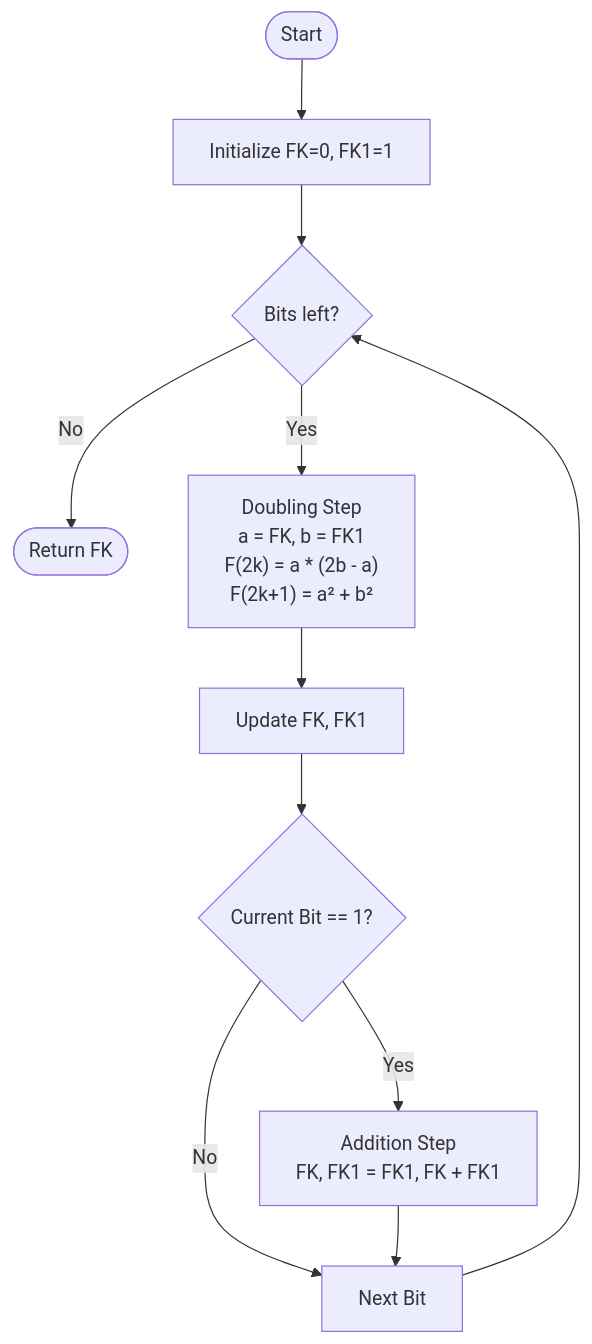
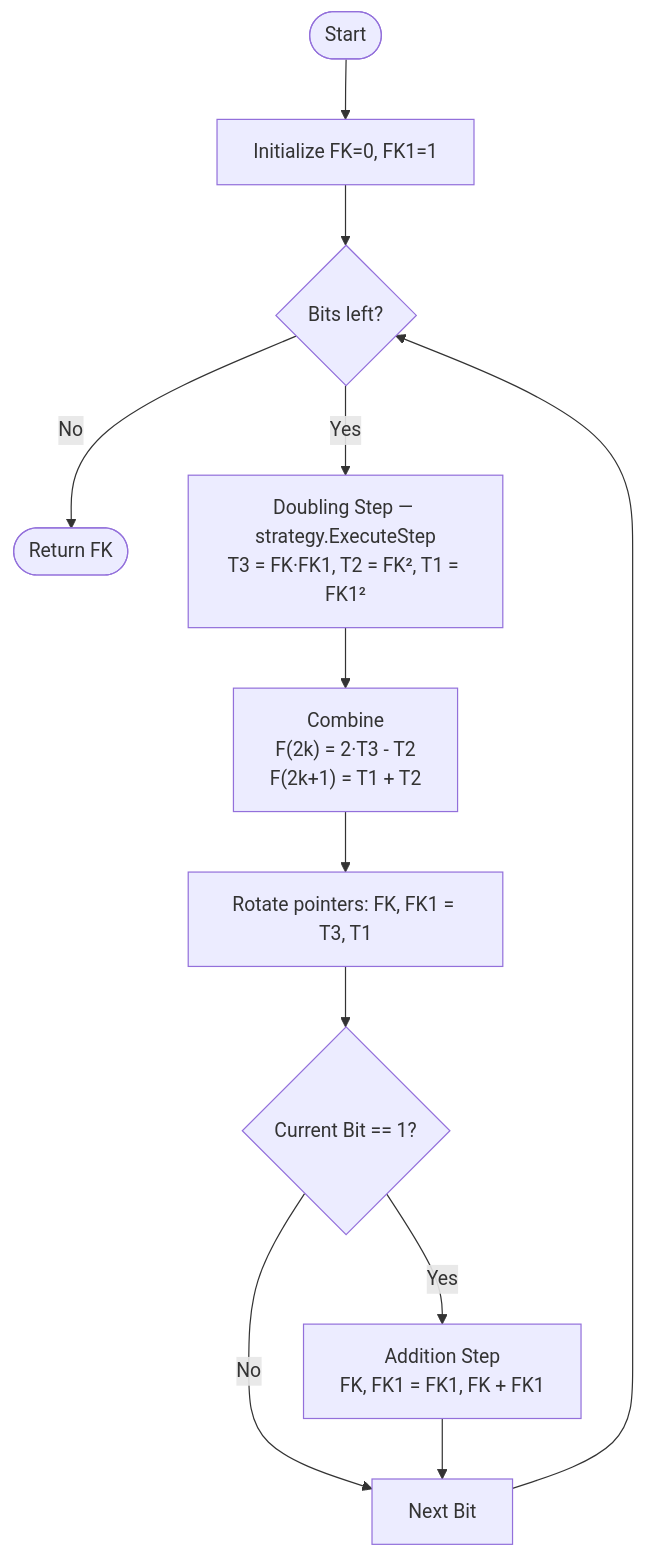
The diagram in docs/algorithms/FAST_DOUBLING.md (agbruneau/Fibonacci), drawn with Mermaid before and after one commit. The commit also changed other lines of this file and 19 other files, not shown here.

````diff
--- a/docs/algorithms/FAST_DOUBLING.md
+++ b/docs/algorithms/FAST_DOUBLING.md
@@ -91,13 +94,14 @@
 ```mermaid
 graph TD
     Start([Start]) --> Init[Initialize FK=0, FK1=1]
     Init --> CheckBits{Bits left?}
     CheckBits -- No --> Done([Return FK])
-    CheckBits -- Yes --> Doubling["Doubling Step<br/>a = FK, b = FK1<br/>F(2k) = a * (2b - a)<br/>F(2k+1) = a² + b²"]
-    Doubling --> UpdateState[Update FK, FK1]
+    CheckBits -- Yes --> Doubling["Doubling Step — strategy.ExecuteStep<br/>T3 = FK·FK1, T2 = FK², T1 = FK1²"]
+    Doubling --> Combine["Combine<br/>F(2k) = 2·T3 - T2<br/>F(2k+1) = T1 + T2"]
+    Combine --> UpdateState[Rotate pointers: FK, FK1 = T3, T1]
     UpdateState --> IsBitSet{Current Bit == 1?}
     IsBitSet -- No --> NextBit[Next Bit]
     IsBitSet -- Yes --> Addition[Addition Step<br/>FK, FK1 = FK1, FK + FK1]
     Addition --> NextBit
     NextBit --> CheckBits
 ```
````
